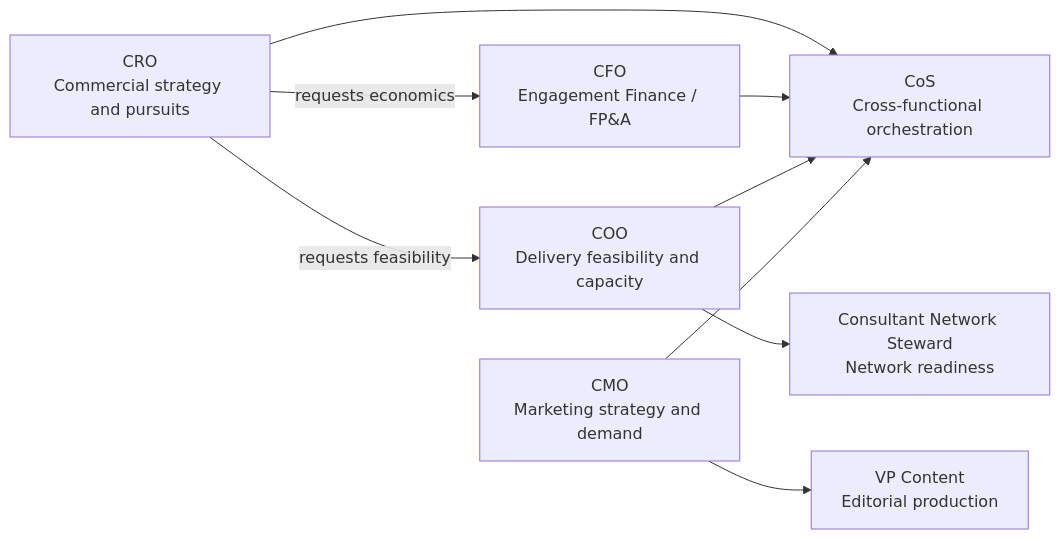
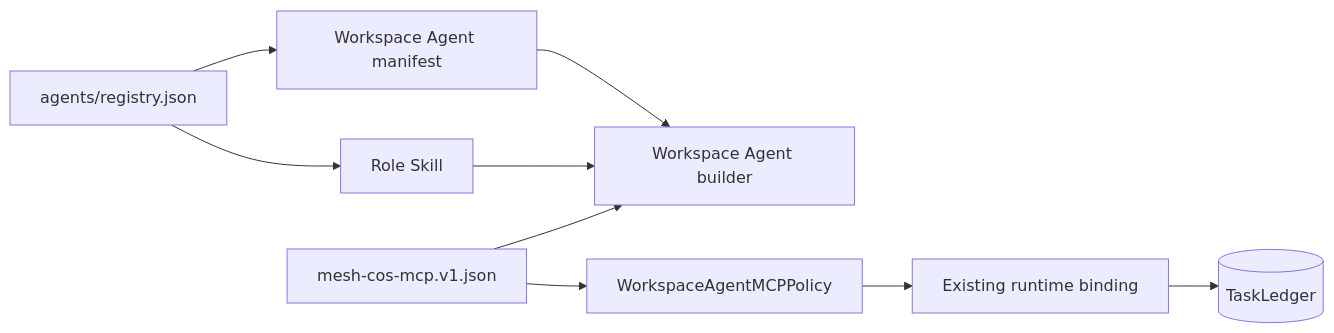
One commit to mkleinbe/mesh-ai-agent-cos-universe changed the second of 3 diagrams in docs/architecture.md. Above: the diagram before and after it, drawn with Mermaid. The commit also changed other lines of this file, not shown here.

Commit message:
docs: add Workspace Agent and MCP architecture

````diff
--- a/docs/architecture.md
+++ b/docs/architecture.md
@@ -64,11 +71,11 @@
 ```mermaid
 flowchart LR
-    CRO[CRO\nCommercial strategy and pursuits] -->|requests economics| CFO[CFO\nEngagement Finance / FP&A]
-    CRO -->|requests feasibility| COO[COO\nDelivery feasibility and capacity]
-    COO --> CNS[Consultant Network Steward\nNetwork readiness]
-    CMO[CMO\nMarketing strategy and demand] --> VPC[VP Content\nEditorial production]
-    CRO --> COS[CoS\nCross-functional orchestration]
-    CFO --> COS
-    COO --> COS
-    CMO --> COS
+    R[agents/registry.json] --> M[Workspace Agent manifest]
+    R --> S[Role Skill]
+    M --> B[Workspace Agent builder]
+    S --> B
+    C[mesh-cos-mcp.v1.json] --> B
+    C --> P[WorkspaceAgentMCPPolicy]
+    P --> RT[Existing runtime binding]
+    RT --> L[(TaskLedger)]
 ```
````
